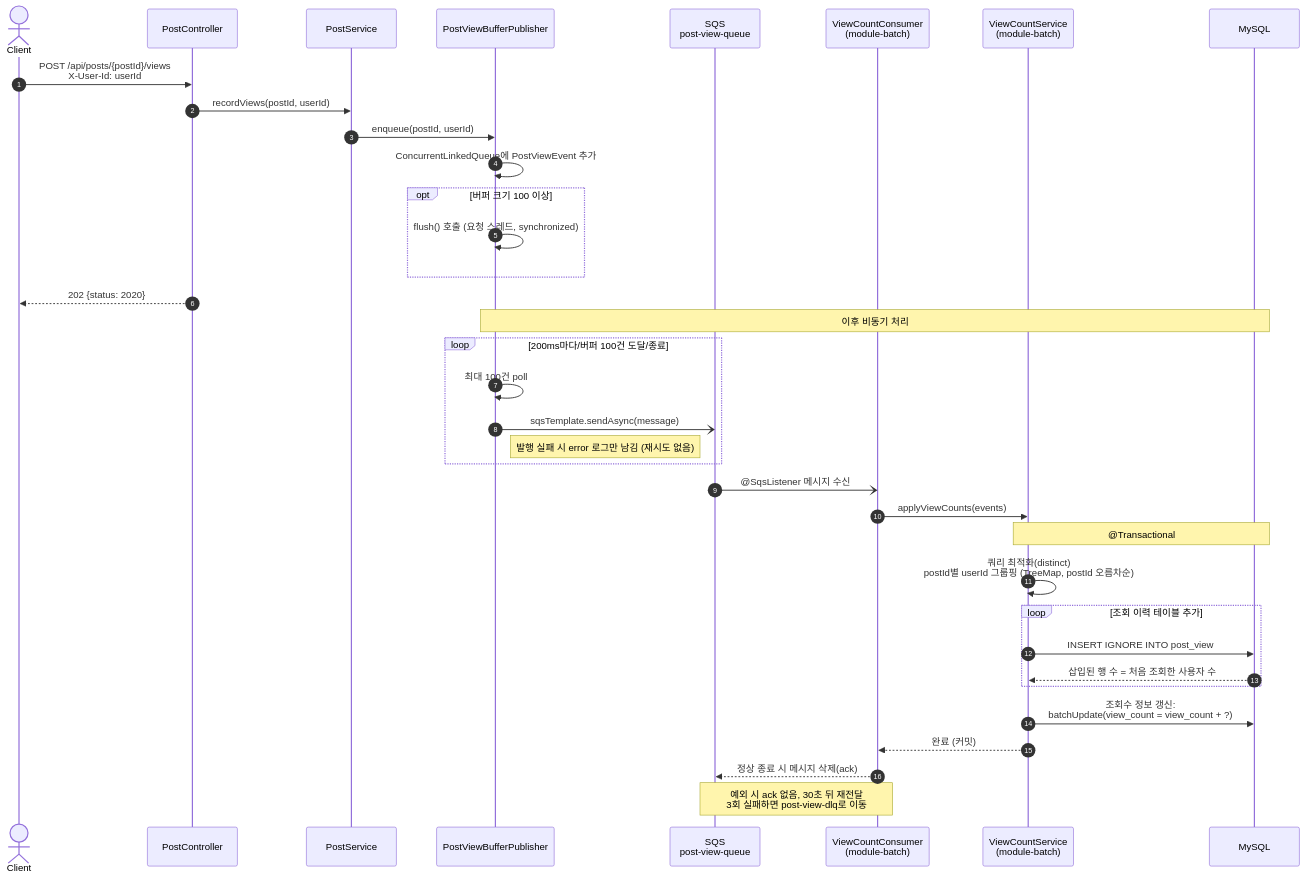
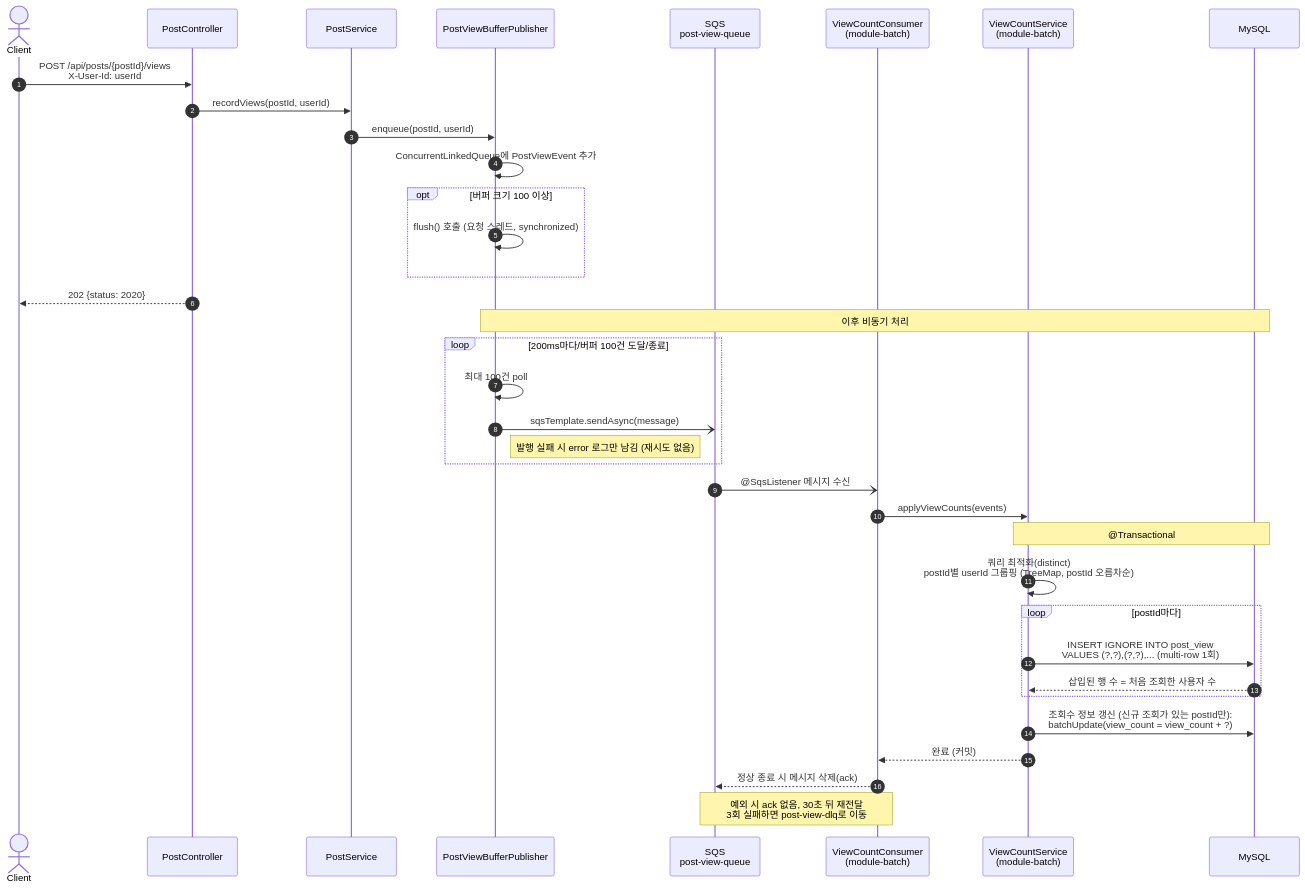
The fourth of 6 diagrams in README.md (ShinHyeong/trending-service), drawn with Mermaid before and after one commit. The commit also changed other lines of this file, not shown here.

Commit message:
📝 docs : 시퀀스 다이어그램 수정 및 설명 보충

````diff
--- a/README.md
+++ b/README.md
@@ -150,42 +183,42 @@
 ```mermaid
 sequenceDiagram
     autonumber
     actor C as Client
     participant Ctrl as PostController
     participant Svc as PostService
     participant VBP as PostViewBufferPublisher
     participant SQS as SQS<br/>post-view-queue
     participant VC as ViewCountConsumer<br/>(module-batch)
     participant VCS as ViewCountService<br/>(module-batch)
     participant DB as MySQL
 
     C->>Ctrl: POST /api/posts/{postId}/views<br/>X-User-Id: userId
     Ctrl->>Svc: recordViews(postId, userId)
     Svc->>VBP: enqueue(postId, userId)
     VBP->>VBP: ConcurrentLinkedQueue에 PostViewEvent 추가
     opt 버퍼 크기 100 이상
         VBP->>VBP: flush() 호출 (요청 스레드, synchronized)
     end
     Ctrl-->>C: 202 {status: 2020}
 
     Note over VBP,DB: 이후 비동기 처리
 
     loop 200ms마다/버퍼 100건 도달/종료
         VBP->>VBP: 최대 100건 poll
         VBP-)SQS: sqsTemplate.sendAsync(message)
         Note right of VBP: 발행 실패 시 error 로그만 남김 (재시도 없음)
     end
 
     SQS-)VC: @SqsListener 메시지 수신
     VC->>VCS: applyViewCounts(events)
     Note over VCS,DB: @Transactional
     VCS->>VCS: 쿼리 최적화(distinct)<br/>postId별 userId 그룹핑 (TreeMap, postId 오름차순)
-    loop 조회 이력 테이블 추가
-        VCS->>DB: INSERT IGNORE INTO post_view
+    loop postId마다
+        VCS->>DB: INSERT IGNORE INTO post_view<br/>VALUES (?,?),(?,?),... (multi-row 1회)
         DB-->>VCS: 삽입된 행 수 = 처음 조회한 사용자 수
     end
-    VCS->>DB: 조회수 정보 갱신: <br/>batchUpdate(view_count = view_count + ?)
+    VCS->>DB: 조회수 정보 갱신 (신규 조회가 있는 postId만): <br/>batchUpdate(view_count = view_count + ?)
     VCS-->>VC: 완료 (커밋)
     VC-->>SQS: 정상 종료 시 메시지 삭제(ack)
     Note over SQS,VC: 예외 시 ack 없음, 30초 뒤 재전달<br/>3회 실패하면 post-view-dlq로 이동
 ```
````
